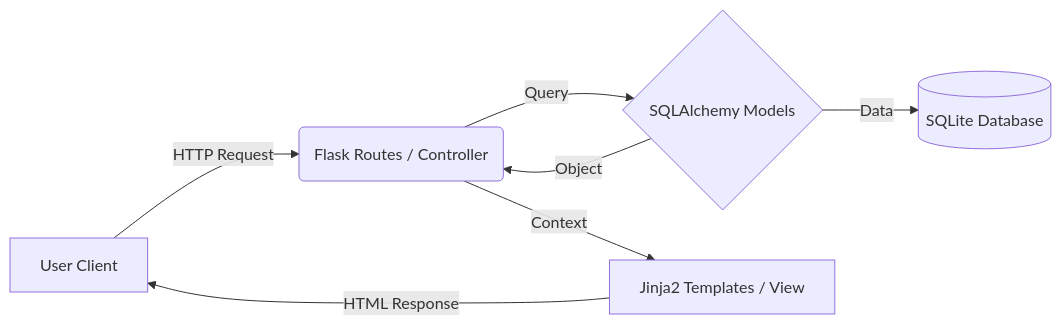
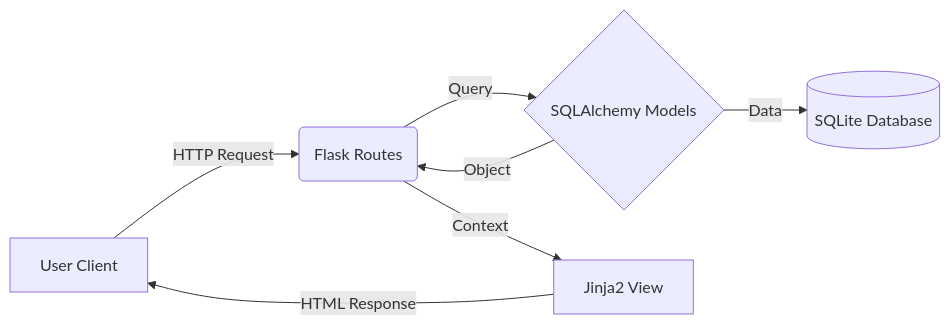
The first of 2 diagrams in README.md (Mohamed-3M-Nouman/FlowState-Order-Management-System), drawn with Mermaid before and after one commit. The commit also changed other lines of this file and 4 other files, not shown here.

````diff
--- a/README.md
+++ b/README.md
@@ -58,9 +40,9 @@
 ```mermaid
 graph LR
-    A[User Client] -- HTTP Request --> B(Flask Routes / Controller)
+    A[User Client] -- HTTP Request --> B(Flask Routes)
     B -- Query --> C{SQLAlchemy Models}
     C -- Data --> D[(SQLite Database)]
     C -- Object --> B
-    B -- Context --> E[Jinja2 Templates / View]
+    B -- Context --> E[Jinja2 View]
     E -- HTML Response --> A
 ```
````
